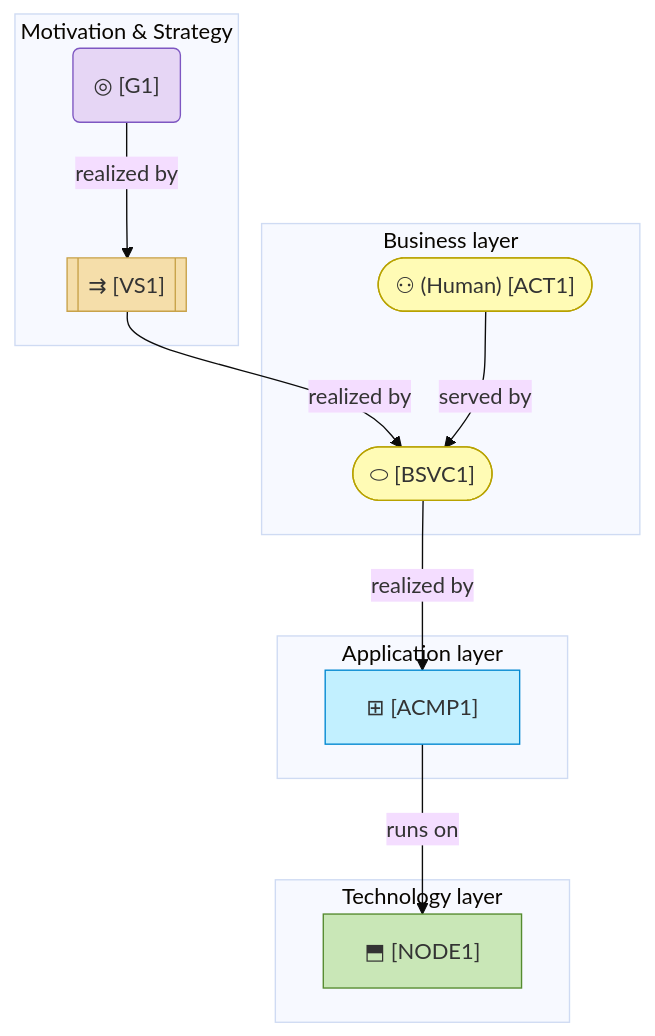
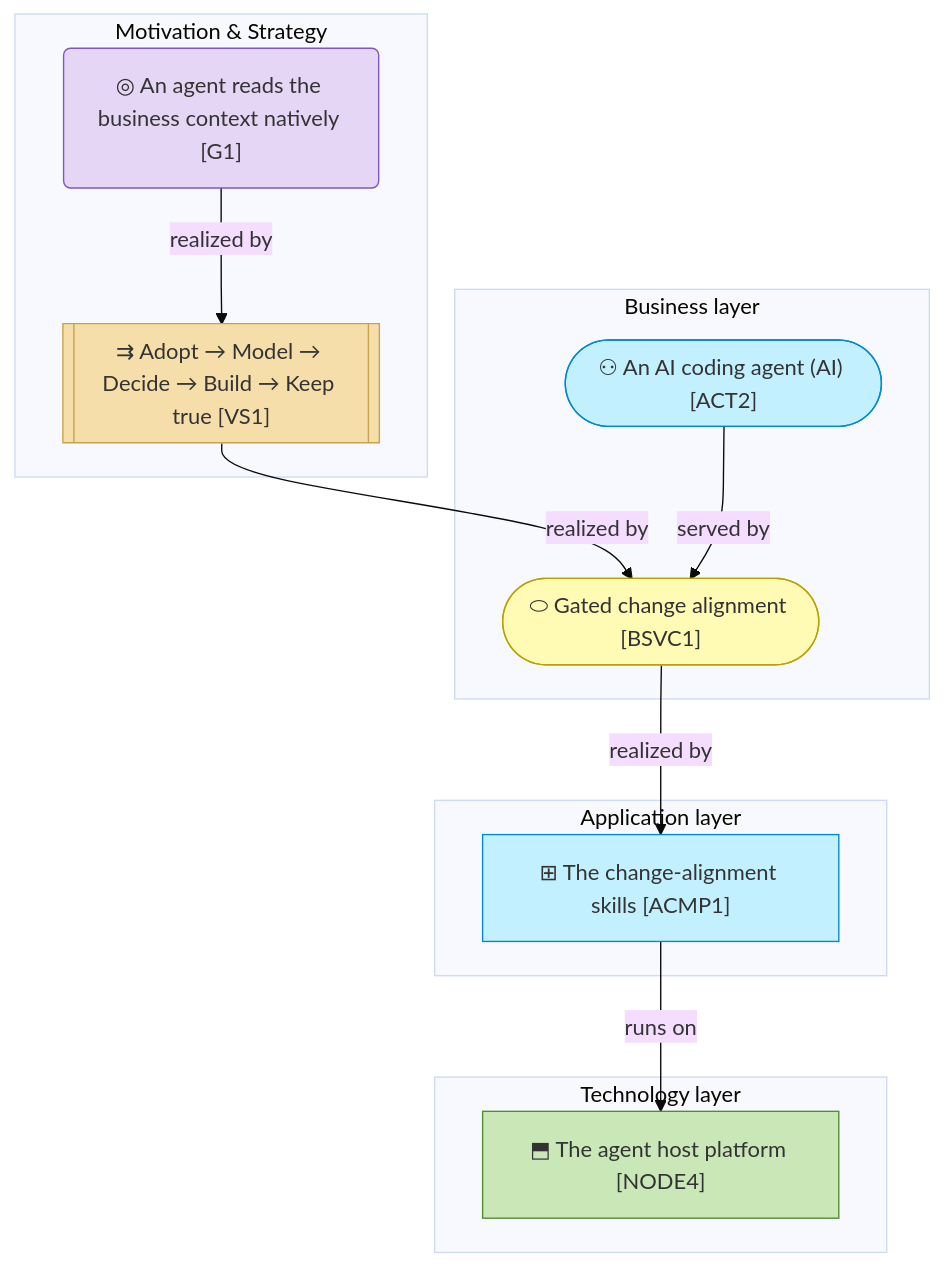
One commit to roanboc/architecture-archreator changed the diagram in product-archreator/architecture/README.md. Above: the diagram before and after it, drawn with Mermaid (base theme). The commit also changed other lines of this file and 27 other files, not shown here.

````diff
--- a/product-archreator/architecture/README.md
+++ b/product-archreator/architecture/README.md
@@ -244,32 +236,32 @@
 ```mermaid
 flowchart TB
   subgraph MOT["Motivation & Strategy"]
-    goal("◎ <Why this exists> [G1]"):::motivation
-    vs[["⇉ <Stage 1 → Stage 2 → …> [VS1]"]]:::strategy
+    goal("◎ An agent reads the business context natively [G1]"):::motivation
+    vs[["⇉ Adopt → Model → Decide → Build → Keep true [VS1]"]]:::strategy
   end
 
   subgraph BUS["Business layer"]
-    svc(["⬭ <What's offered> [BSVC1]"]):::business
-    actor(["⚇ <Who uses it> (Human) [ACT1]"]):::business
+    actor(["⚇ An AI coding agent (AI) [ACT2]"]):::application
+    svc(["⬭ Gated change alignment [BSVC1]"]):::business
   end
 
   subgraph APP["Application layer"]
-    app["⊞ <What realizes the service> [ACMP1]"]:::application
+    app["⊞ The change-alignment skills [ACMP1]"]:::application
   end
 
   subgraph TEC["Technology layer"]
-    tech["⬒ <What it runs on> [NODE1]"]:::technology
+    tech["⬒ The agent host platform [NODE4]"]:::technology
   end
 
   goal -->|realized by| vs
   vs -->|realized by| svc
   actor -->|served by| svc
   svc -->|realized by| app
   app -->|runs on| tech
 
   classDef motivation fill:#e6d6f5,stroke:#7e57c2,color:#333
   classDef strategy fill:#f5deaa,stroke:#c8a24a,color:#333
   classDef business fill:#fffbb5,stroke:#b8a200,color:#333
   classDef application fill:#c2f0ff,stroke:#0288d1,color:#333
   classDef technology fill:#c9e7b7,stroke:#558b2f,color:#333
 ```
````
